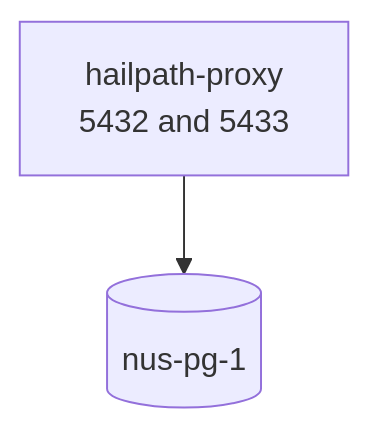
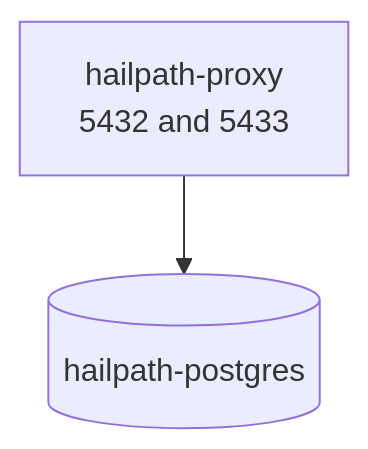
The fifth of 9 diagrams in README.md (bahman-farhadian/Meanul-Data-Studio), drawn with Mermaid before and after one commit. The commit also changed other lines of this file and 139 other files, not shown here.

````diff
--- a/README.md
+++ b/README.md
@@ -301,7 +299,7 @@
 ```mermaid
 graph TB
     HAP["hailpath-proxy<br/>5432 and 5433"]
-    PG[("nus-pg-1")]
+    PG[("hailpath-postgres")]
 
     HAP --> PG
 ```
````
